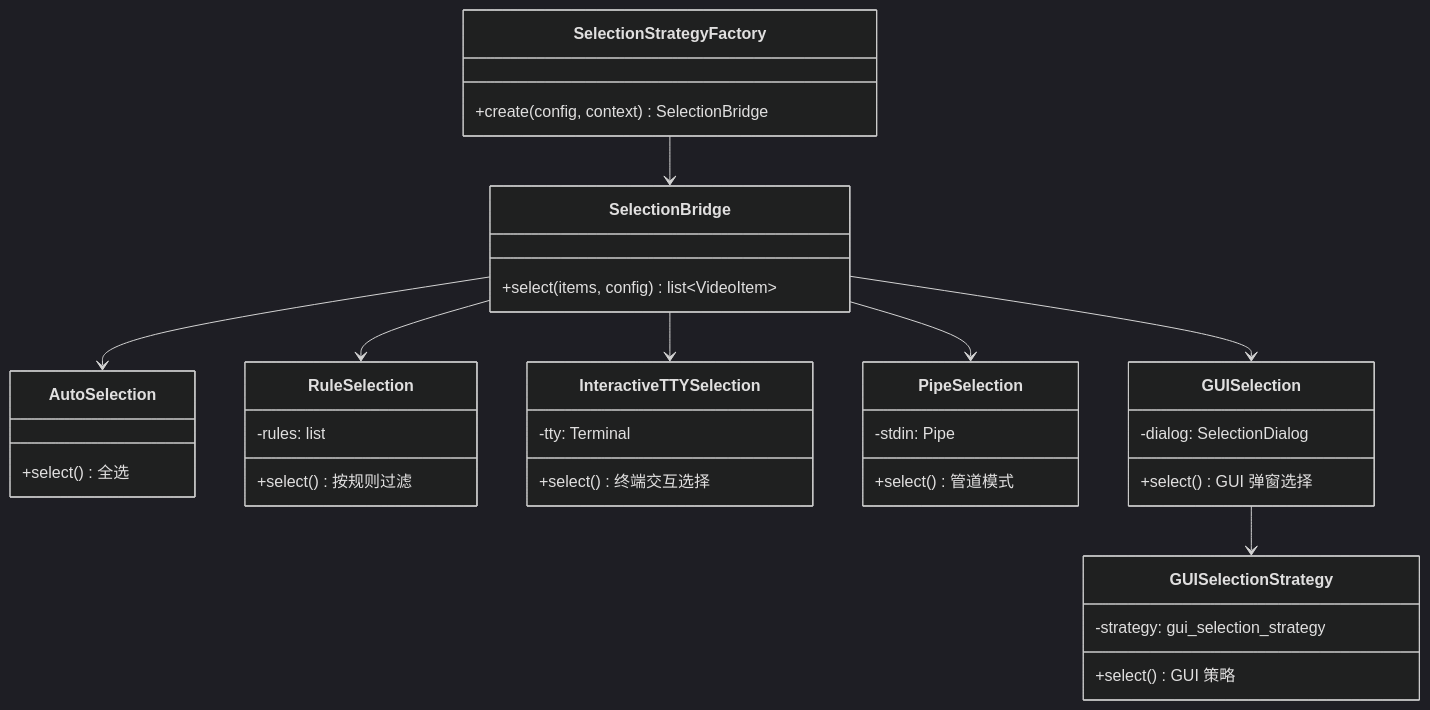
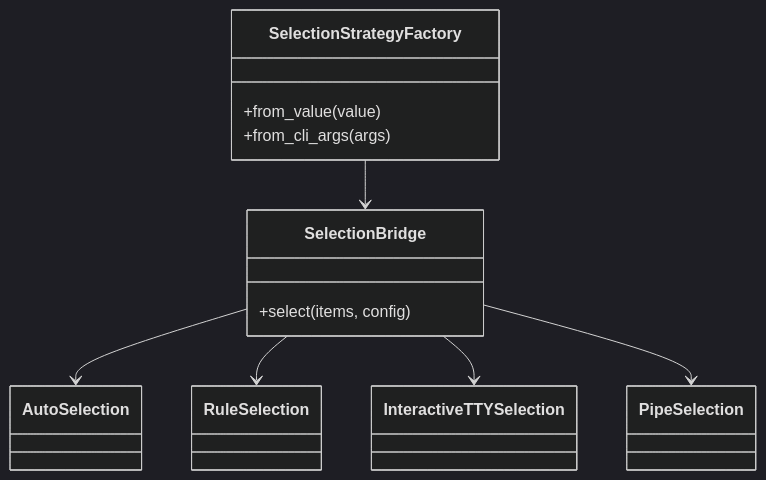
One commit to haohaizi554/UniversalCrawler changed the third of 5 diagrams in mermaid/07-cli-sdk-runtime.md. Above: the diagram before and after it, drawn with Mermaid (dark theme). The commit also changed other lines of this file and 7 other files, not shown here.

Commit message:
docs: publish plugin-driven CLI runtime architecture

````diff
--- a/mermaid/07-cli-sdk-runtime.md
+++ b/mermaid/07-cli-sdk-runtime.md
@@ -114,47 +122,22 @@
 ```mermaid
 classDiagram
     class SelectionStrategyFactory {
-        +create(config, context) SelectionBridge
+        +from_value(value)
+        +from_cli_args(args)
     }
 
     class SelectionBridge {
-        +select(items, config) list~VideoItem~
+        +select(items, config)
     }
 
-    class AutoSelection {
-        +select() 全选
-    }
-
-    class RuleSelection {
-        +select() 按规则过滤
-        -rules: list
-    }
-
-    class InteractiveTTYSelection {
-        +select() 终端交互选择
-        -tty: Terminal
-    }
-
-    class PipeSelection {
-        +select() 管道模式
-        -stdin: Pipe
-    }
-
-    class GUISelection {
-        +select() GUI 弹窗选择
-        -dialog: SelectionDialog
-    }
-
-    class GUISelectionStrategy {
-        +select() GUI 策略
-        -strategy: gui_selection_strategy
-    }
+    class AutoSelection
+    class RuleSelection
+    class InteractiveTTYSelection
+    class PipeSelection
 
     SelectionStrategyFactory --> SelectionBridge
     SelectionBridge --> AutoSelection
     SelectionBridge --> RuleSelection
     SelectionBridge --> InteractiveTTYSelection
     SelectionBridge --> PipeSelection
-    SelectionBridge --> GUISelection
-    GUISelection --> GUISelectionStrategy
 ```
````
